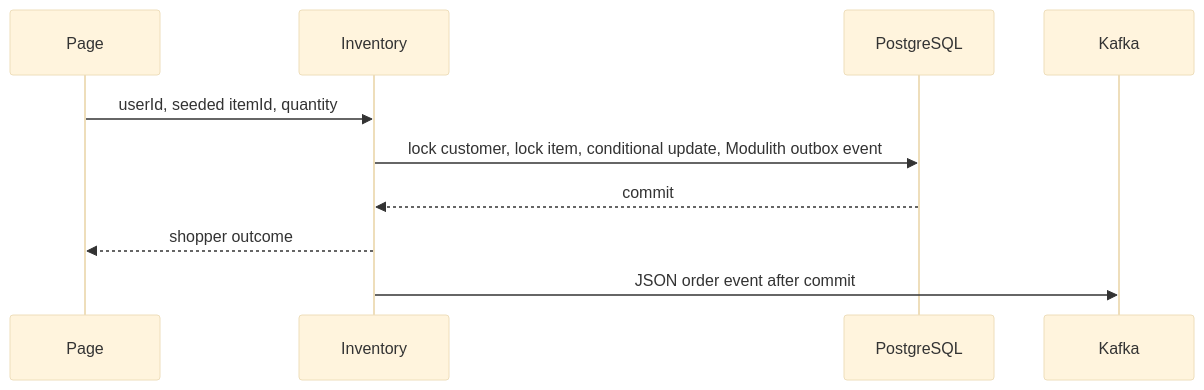
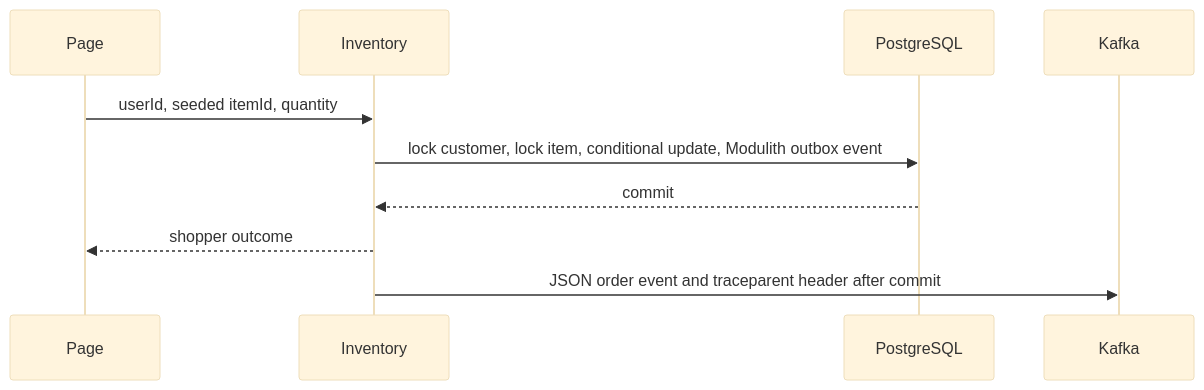
The fourth of 4 diagrams in _bmad-output/initiative-flash-sale-inventory/architecture-flash-sale-inventory/architecture-flash-sale-inventory.md (kevrsc/flashsale), drawn with Mermaid (base theme) before and after one commit. The commit also changed other lines of this file and 10 other files, not shown here.

````diff
--- a/_bmad-output/initiative-flash-sale-inventory/architecture-flash-sale-inventory/architecture-flash-sale-inventory.md
+++ b/_bmad-output/initiative-flash-sale-inventory/architecture-flash-sale-inventory/architecture-flash-sale-inventory.md
@@ -153,12 +174,12 @@
 ```mermaid
 sequenceDiagram
   participant Page
   participant Inventory
   participant DB as PostgreSQL
   participant Kafka
   Page->>Inventory: userId, seeded itemId, quantity
   Inventory->>DB: lock customer, lock item, conditional update, Modulith outbox event
   DB-->>Inventory: commit
   Inventory-->>Page: shopper outcome
-  Inventory->>Kafka: JSON order event after commit
+  Inventory->>Kafka: JSON order event and traceparent header after commit
 ```
````
